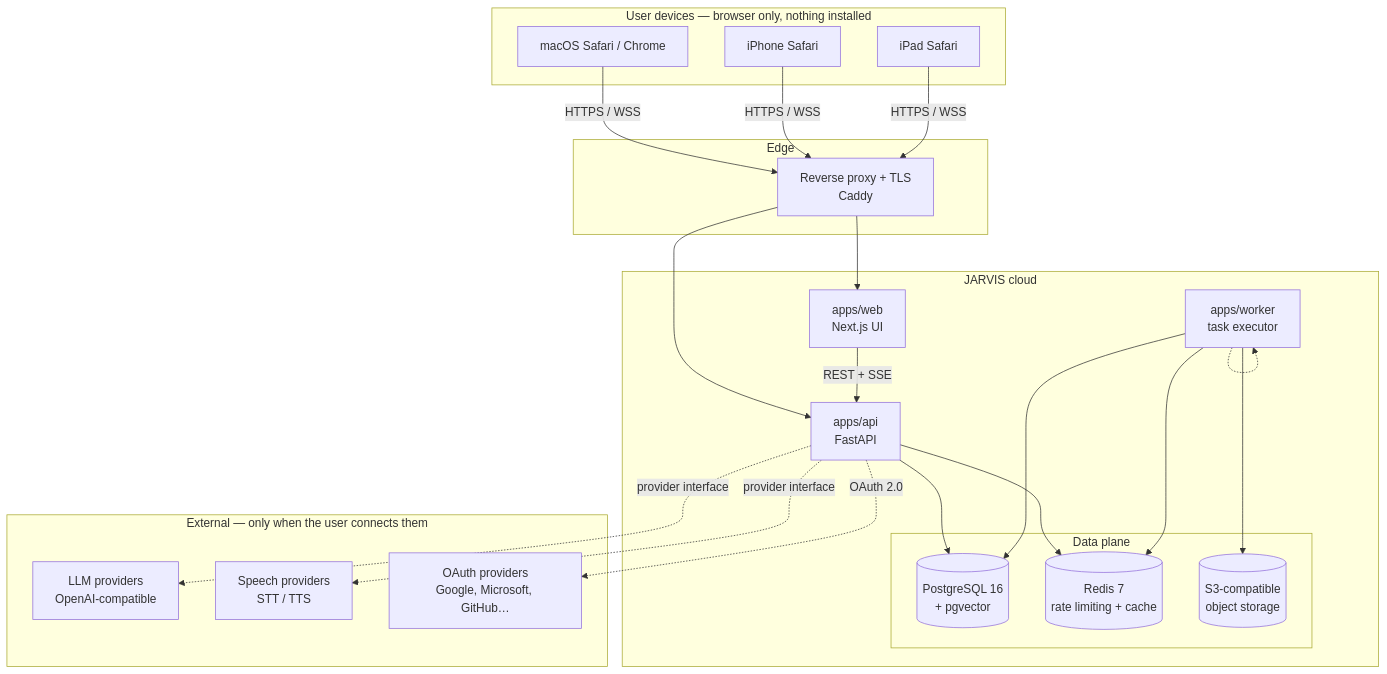
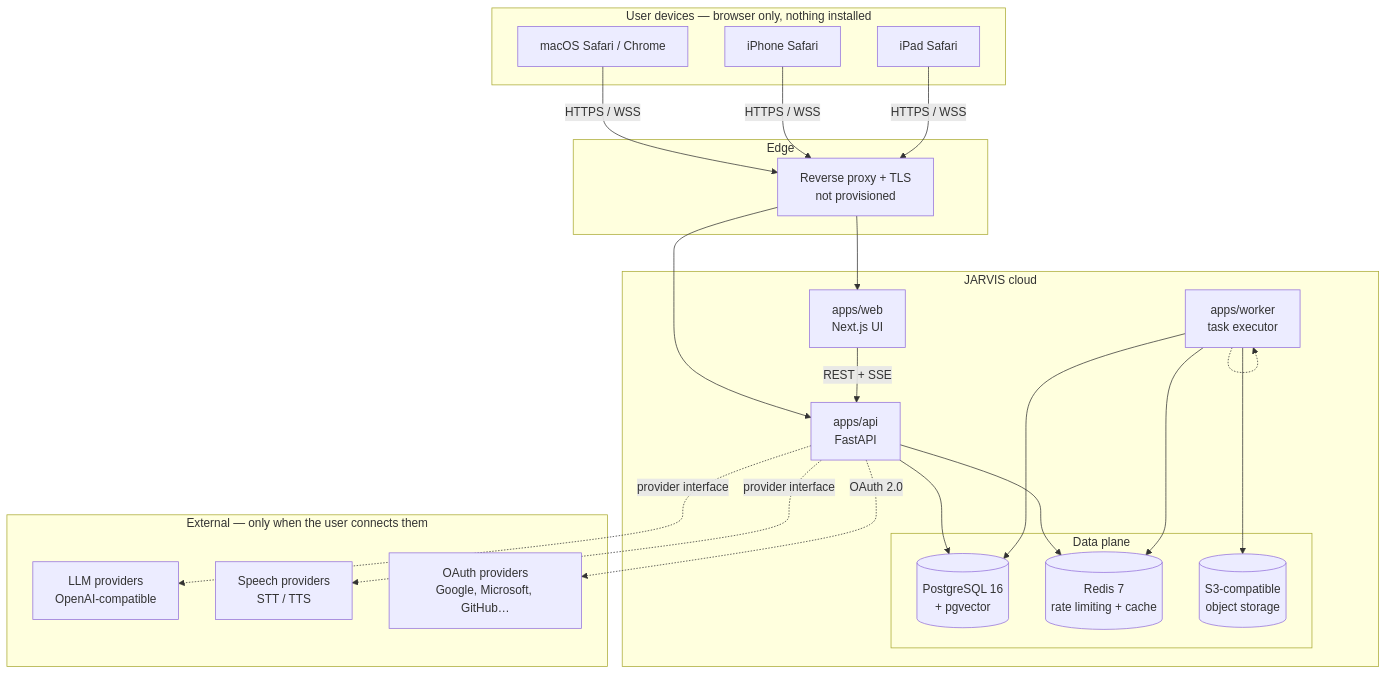
The first of 5 diagrams in docs/architecture/ARCHITECTURE.md (Abhishekpan731/Jarvis), drawn with Mermaid before and after one commit. The commit also changed other lines of this file and 2 other files, not shown here.

First line of the commit message:
docs(architecture): align schema and phase status with migrations

````diff
--- a/docs/architecture/ARCHITECTURE.md
+++ b/docs/architecture/ARCHITECTURE.md
@@ -36,39 +38,39 @@
 ```mermaid
 flowchart TB
     subgraph devices ["User devices — browser only, nothing installed"]
         mac["macOS Safari / Chrome"]
         iphone["iPhone Safari"]
         ipad["iPad Safari"]
     end
 
     subgraph edge ["Edge"]
-        proxy["Reverse proxy + TLS<br/>Caddy"]
+        proxy["Reverse proxy + TLS<br/>not provisioned"]
     end
 
     subgraph app ["JARVIS cloud"]
         web["apps/web<br/>Next.js UI"]
         api["apps/api<br/>FastAPI"]
         worker["apps/worker<br/>task executor"]
         subgraph data ["Data plane"]
             pg[("PostgreSQL 16<br/>+ pgvector")]
             redis[("Redis 7<br/>rate limiting + cache")]
             s3[("S3-compatible<br/>object storage")]
         end
     end
 
     subgraph external ["External — only when the user connects them"]
         llm["LLM providers<br/>OpenAI-compatible"]
         speech["Speech providers<br/>STT / TTS"]
         oauth["OAuth providers<br/>Google, Microsoft, GitHub…"]
     end
 
     mac & iphone & ipad -->|HTTPS / WSS| proxy
     proxy --> web
     proxy --> api
     web -->|REST + SSE| api
     api --> pg & redis
     worker --> pg & redis & s3
     api -.->|provider interface| llm & speech
     api -.->|OAuth 2.0| oauth
     worker -.-> worker
 ```
````
